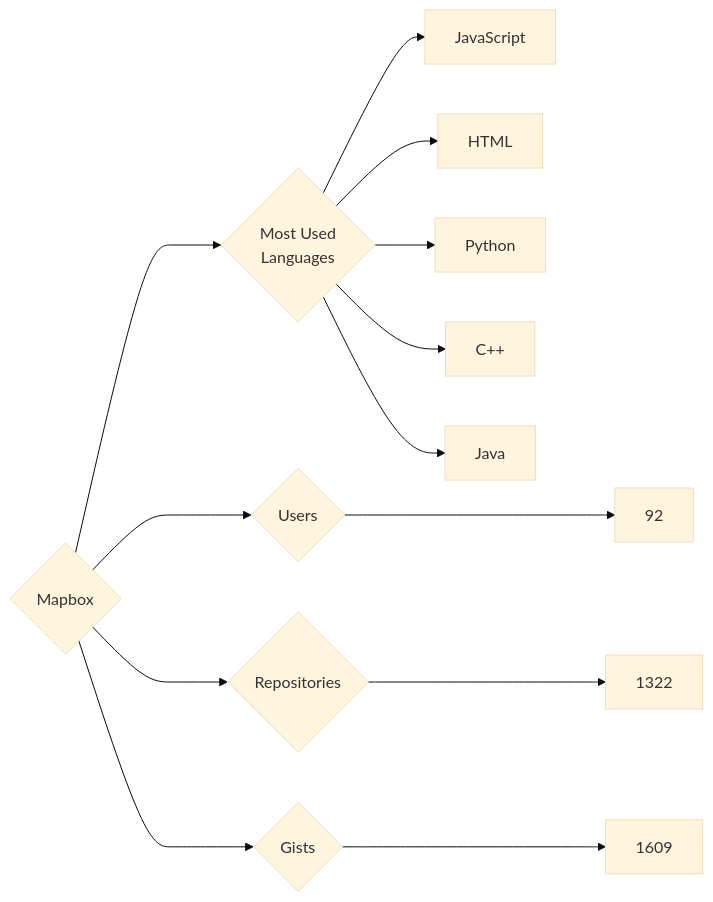
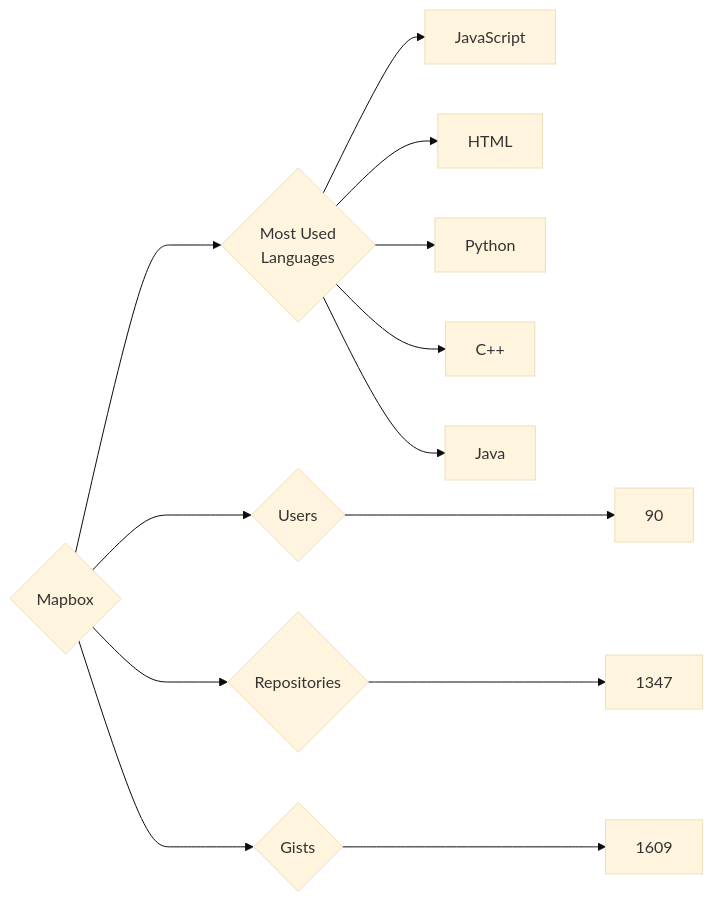
One commit to trickest/insiders changed the diagram in targets/Mapbox/README.md. Above: the diagram before and after it, drawn with Mermaid (base theme). The commit also changed 895 other files, not shown here.

````diff
--- a/targets/Mapbox/README.md
+++ b/targets/Mapbox/README.md
@@ -3,13 +3,13 @@
 ```mermaid
 graph LR
 COMPANY_NAME{Mapbox}
-COMPANY_NAME ---> U{Users} ---> UN[92]
-COMPANY_NAME ---> R{Repositories} ---> RN[1322]
+COMPANY_NAME ---> U{Users} ---> UN[90]
+COMPANY_NAME ---> R{Repositories} ---> RN[1347]
 COMPANY_NAME ---> G{Gists} ---> GN[1609]
 COMPANY_NAME ---> ML{Most Used<br>Languages}
 ML --> JavaScript[JavaScript]
 ML --> HTML[HTML]
 ML --> Python[Python]
 ML --> C++[C++]
 ML --> Java[Java]
 ```
````
